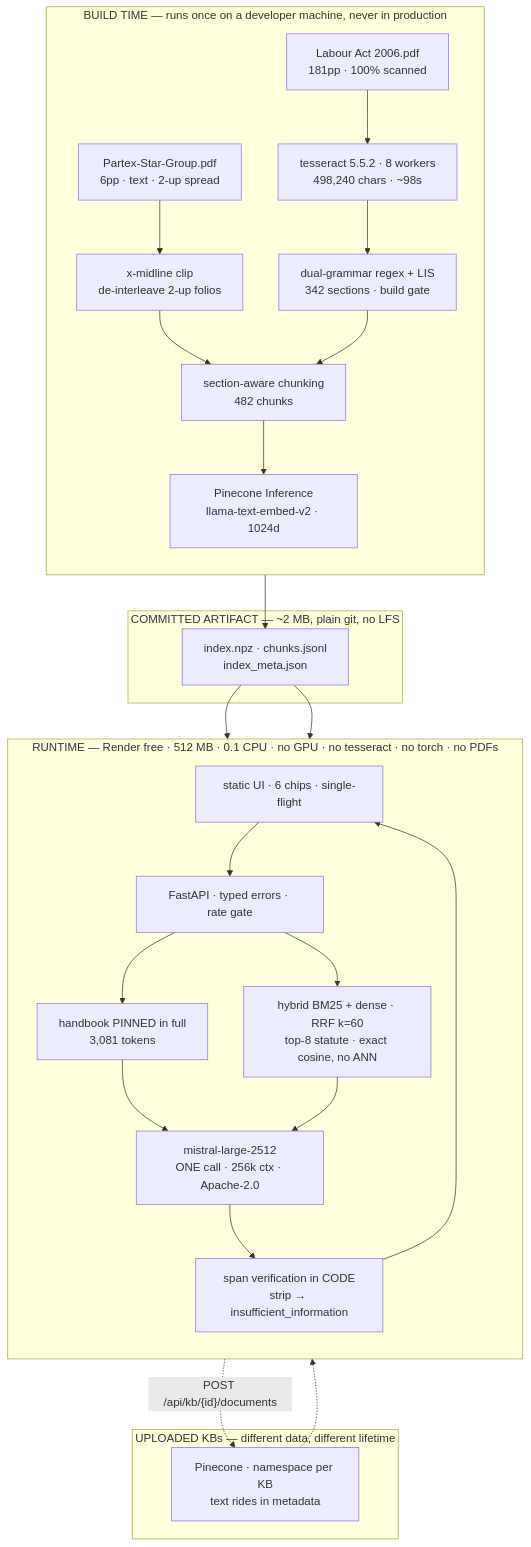
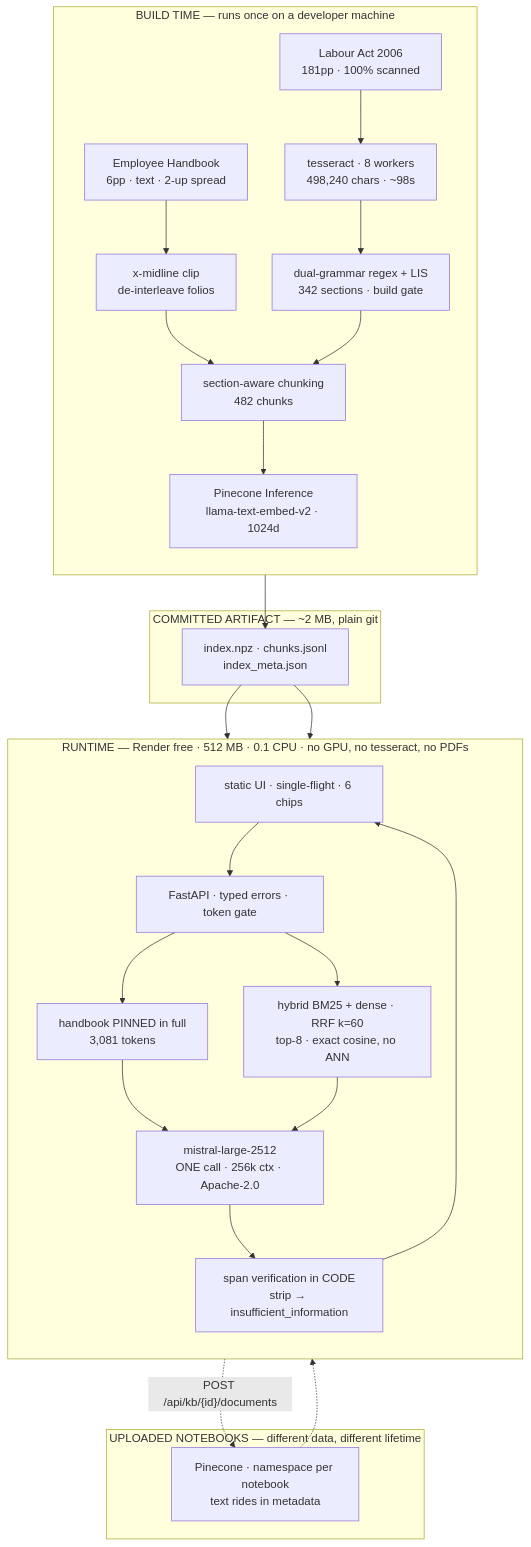
The diagram in README.md (Reshad-Ul-Karim/enterprise-AI-document-assistant), drawn with Mermaid before and after one commit. The commit also changed other lines of this file and 2 other files, not shown here.

````diff
--- a/README.md
+++ b/README.md
@@ -78,43 +143,43 @@
 ```mermaid
 flowchart TB
-    subgraph BUILD ["BUILD TIME — runs once on a developer machine, never in production"]
+    subgraph BUILD ["BUILD TIME — runs once on a developer machine"]
         direction TB
-        P1["Partex-Star-Group.pdf<br/>6pp · text · 2-up spread"]
-        P2["Labour Act 2006.pdf<br/>181pp · 100% scanned"]
-        OCR["tesseract 5.5.2 · 8 workers<br/>498,240 chars · ~98s"]
-        CLIP["x-midline clip<br/>de-interleave 2-up folios"]
+        P1["Employee Handbook<br/>6pp · text · 2-up spread"]
+        P2["Labour Act 2006<br/>181pp · 100% scanned"]
+        OCR["tesseract · 8 workers<br/>498,240 chars · ~98s"]
+        CLIP["x-midline clip<br/>de-interleave folios"]
         SEC["dual-grammar regex + LIS<br/>342 sections · build gate"]
         CH["section-aware chunking<br/>482 chunks"]
         EMB["Pinecone Inference<br/>llama-text-embed-v2 · 1024d"]
         P2 --> OCR --> SEC
         P1 --> CLIP --> CH
         SEC --> CH --> EMB
     end
 
-    subgraph ART ["COMMITTED ARTIFACT — ~2 MB, plain git, no LFS"]
+    subgraph ART ["COMMITTED ARTIFACT — ~2 MB, plain git"]
         IDX["index.npz · chunks.jsonl<br/>index_meta.json"]
     end
     EMB --> IDX
 
-    subgraph RUN ["RUNTIME — Render free · 512 MB · 0.1 CPU · no GPU · no tesseract · no torch · no PDFs"]
+    subgraph RUN ["RUNTIME — Render free · 512 MB · 0.1 CPU · no GPU, no tesseract, no PDFs"]
         direction TB
-        UI["static UI · 6 chips · single-flight"]
-        API["FastAPI · typed errors · rate gate"]
+        UI["static UI · single-flight · 6 chips"]
+        API["FastAPI · typed errors · token gate"]
         PIN["handbook PINNED in full<br/>3,081 tokens"]
-        RET["hybrid BM25 + dense · RRF k=60<br/>top-8 statute · exact cosine, no ANN"]
+        RET["hybrid BM25 + dense · RRF k=60<br/>top-8 · exact cosine, no ANN"]
         GEN["mistral-large-2512<br/>ONE call · 256k ctx · Apache-2.0"]
         VER["span verification in CODE<br/>strip → insufficient_information"]
         UI --> API --> RET
         API --> PIN
         PIN --> GEN
         RET --> GEN --> VER --> UI
     end
     IDX --> RET
     IDX --> PIN
 
-    subgraph UP ["UPLOADED KBs — different data, different lifetime"]
-        PC["Pinecone · namespace per KB<br/>text rides in metadata"]
+    subgraph UP ["UPLOADED NOTEBOOKS — different data, different lifetime"]
+        PC["Pinecone · namespace per notebook<br/>text rides in metadata"]
     end
     API -.->|"POST /api/kb/{id}/documents"| PC
     PC -.-> RET
 ```
````
